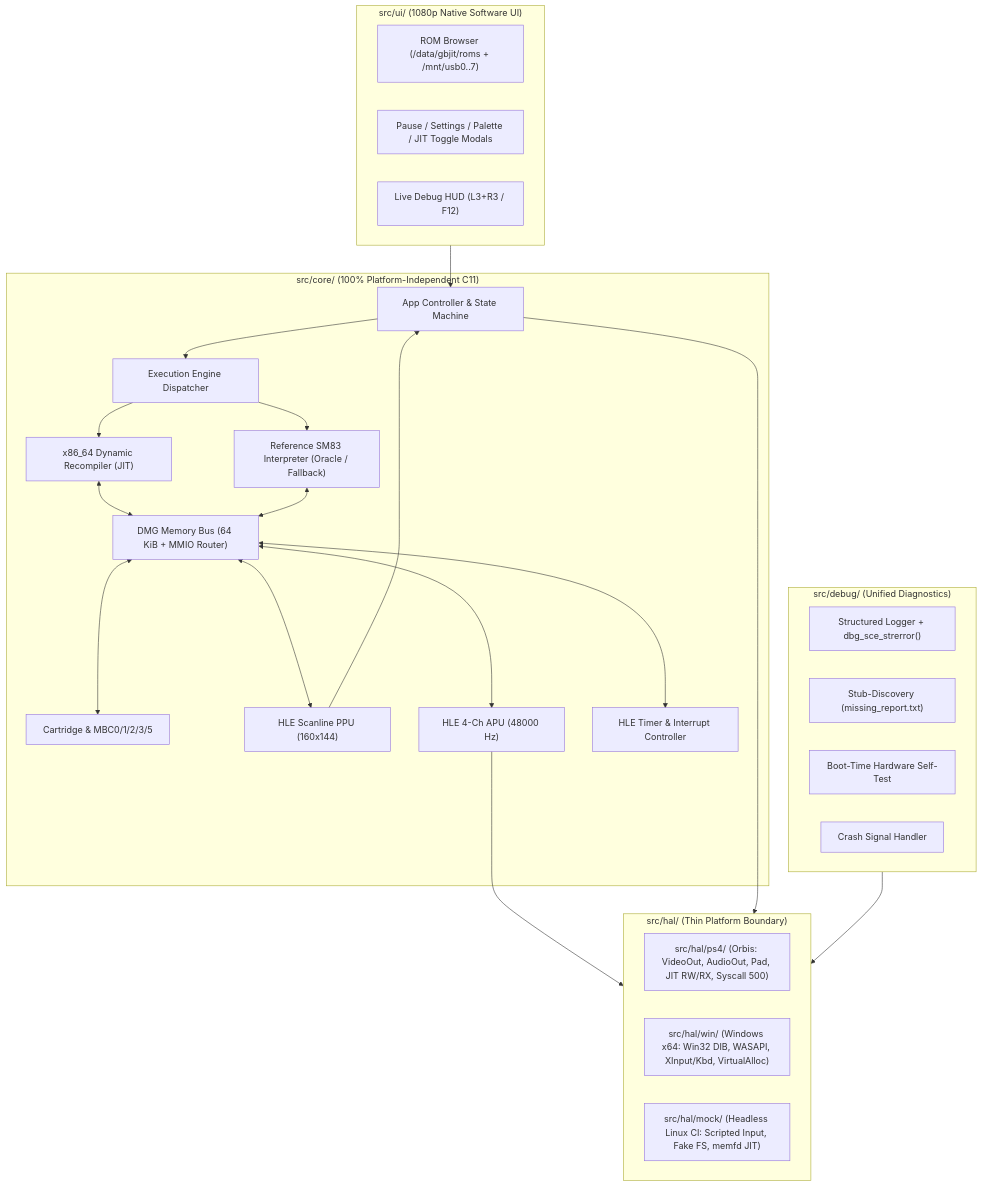
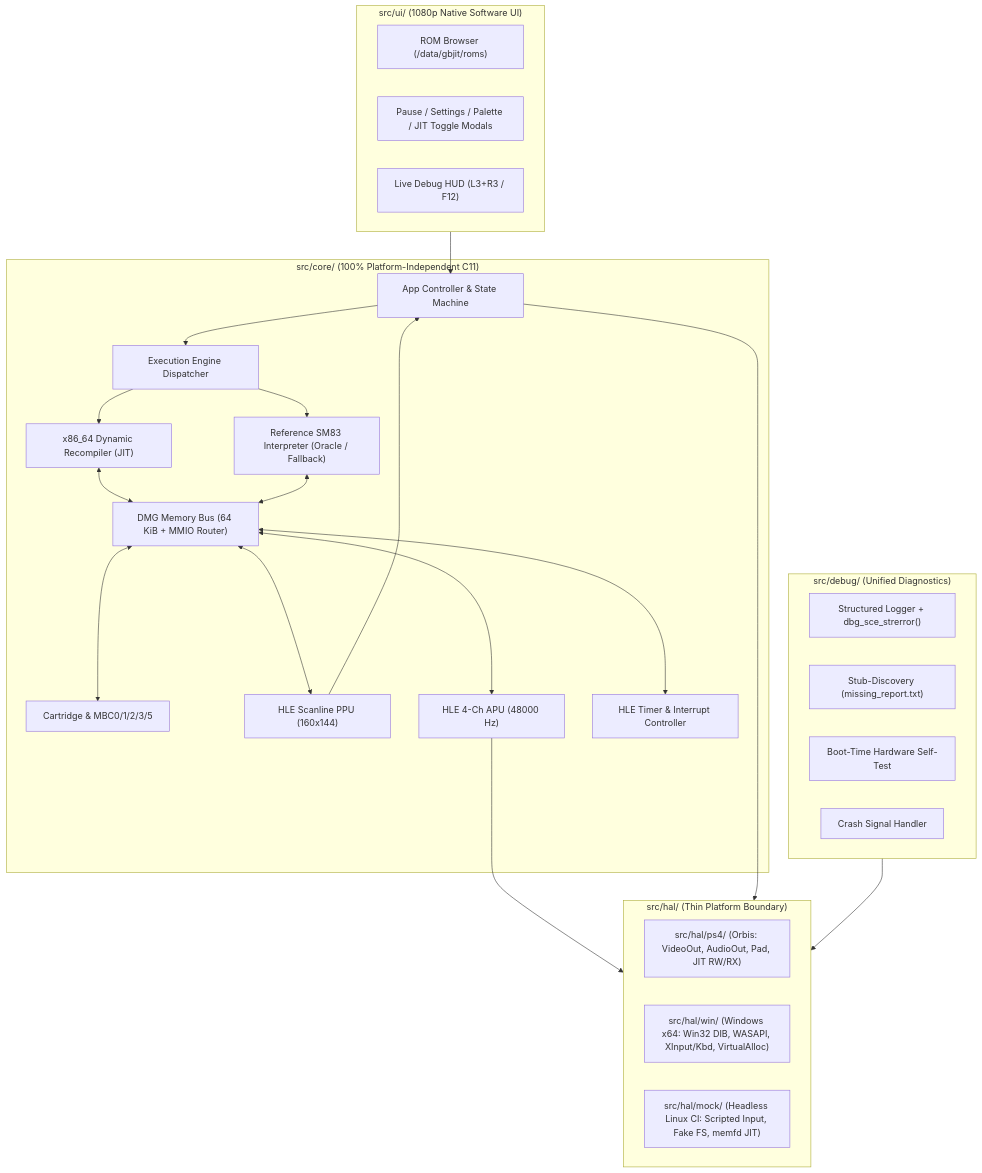
Before and after one commit to uomar8/ps4-gb-jit: the diagram in plan/01-architecture-and-flow.md, drawn with Mermaid. The commit also changed other lines of this file and 6 other files, not shown here.

Commit message:
docs: drop USB/syscall 500, fix DS4 Share/Touchpad map, add Orbis ucontext offsets

````diff
--- a/plan/01-architecture-and-flow.md
+++ b/plan/01-architecture-and-flow.md
@@ -5,48 +5,48 @@
 ```mermaid
 flowchart TD
     subgraph UI["src/ui/ (1080p Native Software UI)"]
-        Browser["ROM Browser (/data/gbjit/roms + /mnt/usb0..7)"]
+        Browser["ROM Browser (/data/gbjit/roms)"]
         Pause["Pause / Settings / Palette / JIT Toggle Modals"]
         HUD["Live Debug HUD (L3+R3 / F12)"]
     end
 
     subgraph Core["src/core/ (100% Platform-Independent C11)"]
         App["App Controller & State Machine"]
         Cart["Cartridge & MBC0/1/2/3/5"]
         Bus["DMG Memory Bus (64 KiB + MMIO Router)"]
         Exec["Execution Engine Dispatcher"]
         JIT["x86_64 Dynamic Recompiler (JIT)"]
         Interp["Reference SM83 Interpreter (Oracle / Fallback)"]
         PPU["HLE Scanline PPU (160x144)"]
         APU["HLE 4-Ch APU (48000 Hz)"]
         Timer["HLE Timer & Interrupt Controller"]
     end
 
     subgraph Debug["src/debug/ (Unified Diagnostics)"]
         Logger["Structured Logger + dbg_sce_strerror()"]
         Stub["Stub-Discovery (missing_report.txt)"]
         SelfTest["Boot-Time Hardware Self-Test"]
         Crash["Crash Signal Handler"]
     end
 
     subgraph HAL["src/hal/ (Thin Platform Boundary)"]
-        HAL_PS4["src/hal/ps4/ (Orbis: VideoOut, AudioOut, Pad, JIT RW/RX, Syscall 500)"]
+        HAL_PS4["src/hal/ps4/ (Orbis: VideoOut, AudioOut, Pad, JIT RW/RX)"]
         HAL_Win["src/hal/win/ (Windows x64: Win32 DIB, WASAPI, XInput/Kbd, VirtualAlloc)"]
         HAL_Mock["src/hal/mock/ (Headless Linux CI: Scripted Input, Fake FS, memfd JIT)"]
     end
 
     UI --> App
     App --> Exec
     Exec --> JIT
     Exec --> Interp
     JIT <--> Bus
     Interp <--> Bus
     Bus <--> Cart
     Bus <--> PPU
     Bus <--> APU
     Bus <--> Timer
     PPU --> App
     APU --> HAL
     App --> HAL
     Debug --> HAL
 ```
````
